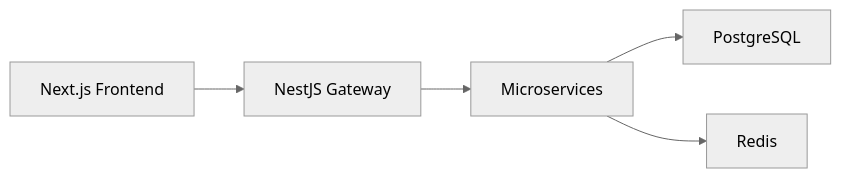
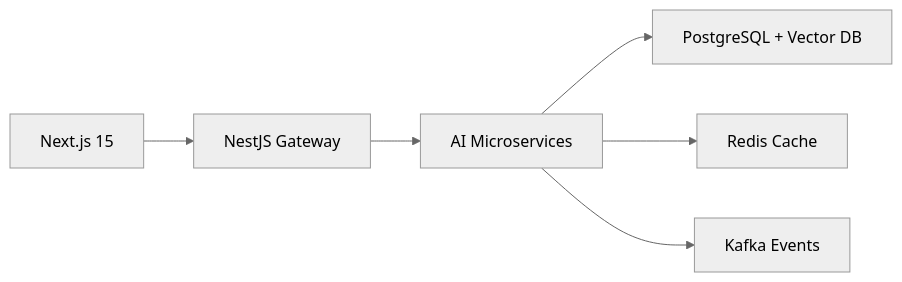
The eighth of 19 diagrams in README.md (mentech93/mentech93), drawn with Mermaid (neutral theme) before and after one commit. The commit also changed other lines of this file, not shown here.

````diff
--- a/README.md
+++ b/README.md
@@ -424,7 +558,8 @@
 ```mermaid
 graph LR
-    A[Next.js Frontend] --> B[NestJS Gateway]
-    B --> C[Microservices]
-    C --> D[PostgreSQL]
-    C --> E[Redis]
+    A[Next.js 15] --> B[NestJS Gateway]
+    B --> C[AI Microservices]
+    C --> D[PostgreSQL + Vector DB]
+    C --> E[Redis Cache]
+    C --> F[Kafka Events]
 ```
````
